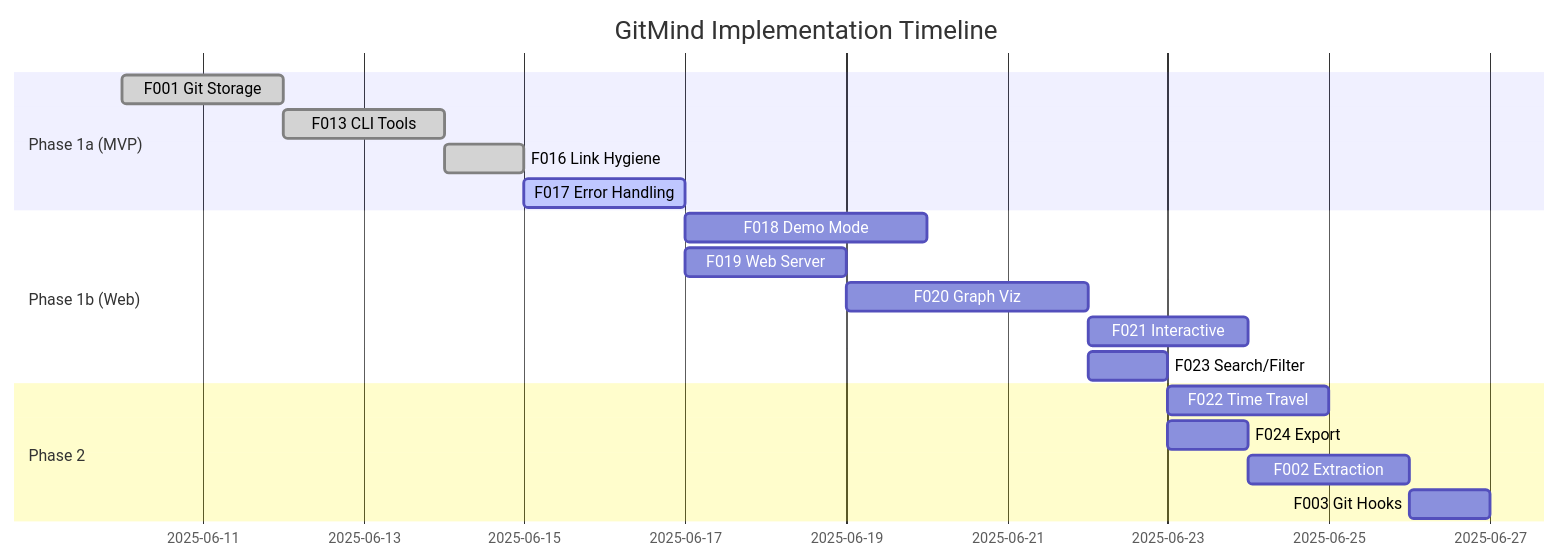
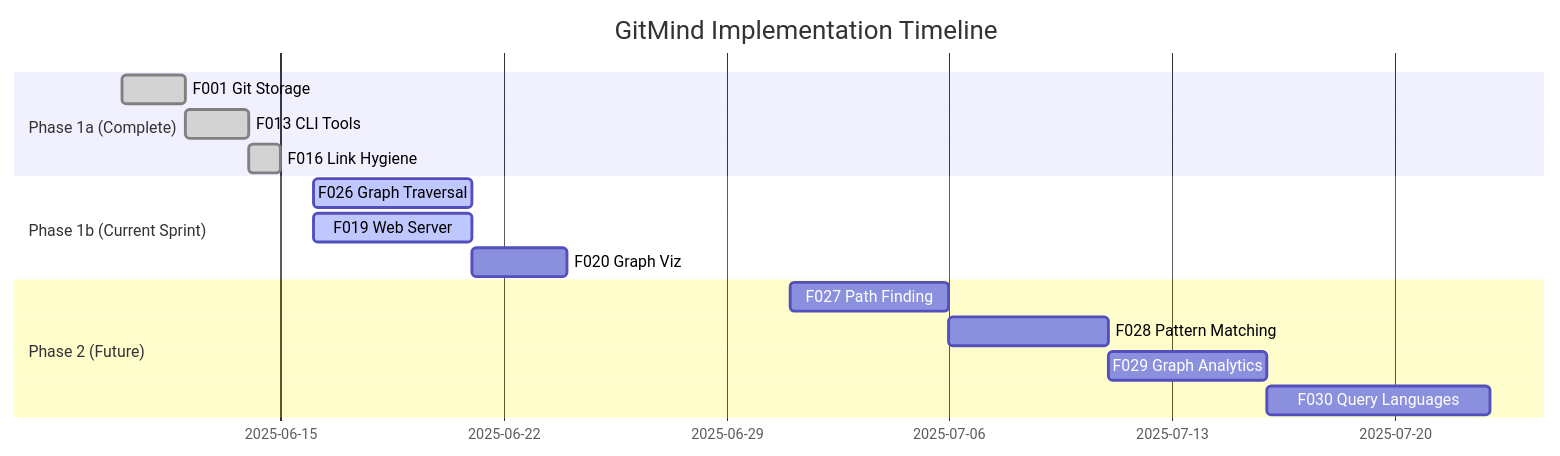
Before and after one commit to neuroglyph/neuroglyph: the second of 2 diagrams in docs/README.md, drawn with Mermaid. The commit also changed other lines of this file and 24 other files, not shown here.

Commit message:
feat(graph): add basic graph traversal F026

````diff
--- a/docs/README.md
+++ b/docs/README.md
@@ -116,23 +118,20 @@
 ```mermaid
 gantt
     title GitMind Implementation Timeline
     dateFormat  YYYY-MM-DD
-    section Phase 1a (MVP)
+    section Phase 1a (Complete)
     F001 Git Storage           :done,    f001, 2025-06-10, 2d
     F013 CLI Tools            :done,    f013, after f001, 2d
     F016 Link Hygiene         :done,    f016, after f013, 1d
-    F017 Error Handling       :active,  f017, after f016, 2d
     
-    section Phase 1b (Web)
-    F018 Demo Mode            :         f018, after f017, 3d
-    F019 Web Server           :         f019, after f017, 2d
+    section Phase 1b (Current Sprint)
+    F026 Graph Traversal      :active,  f026, 2025-06-16, 5d
+    F019 Web Server           :active,  f019, 2025-06-16, 5d
     F020 Graph Viz            :         f020, after f019, 3d
-    F021 Interactive          :         f021, after f020, 2d
-    F023 Search/Filter        :         f023, after f020, 1d
     
-    section Phase 2
-    F022 Time Travel          :         f022, after f023, 2d
-    F024 Export               :         f024, after f023, 1d
-    F002 Extraction           :         f002, after f024, 2d
-    F003 Git Hooks            :         f003, after f002, 1d
+    section Phase 2 (Future)
+    F027 Path Finding         :         f027, 2025-07-01, 5d
+    F028 Pattern Matching     :         f028, after f027, 5d
+    F029 Graph Analytics      :         f029, after f028, 5d
+    F030 Query Languages      :         f030, after f029, 7d
 ```
````
